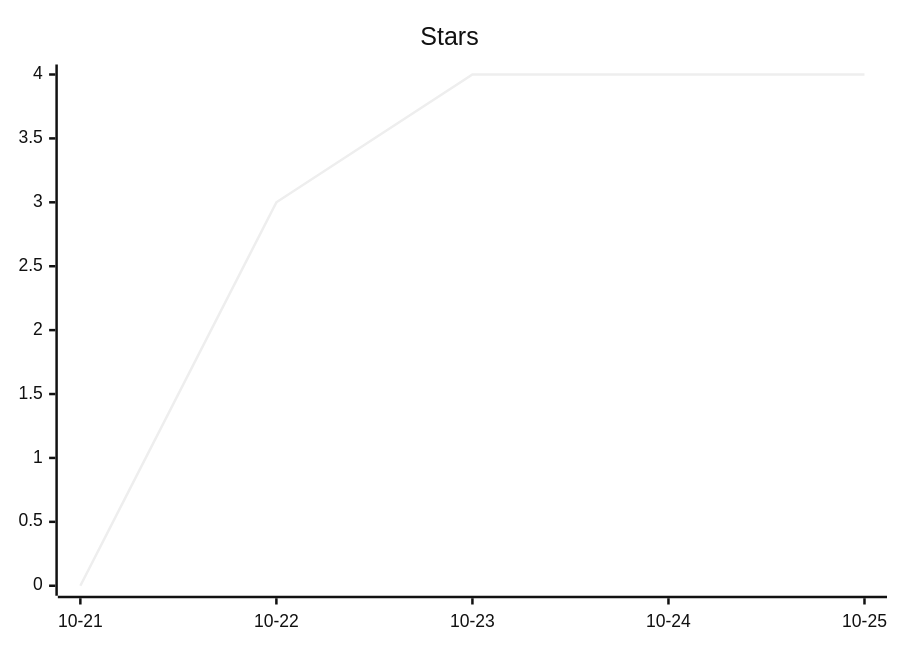
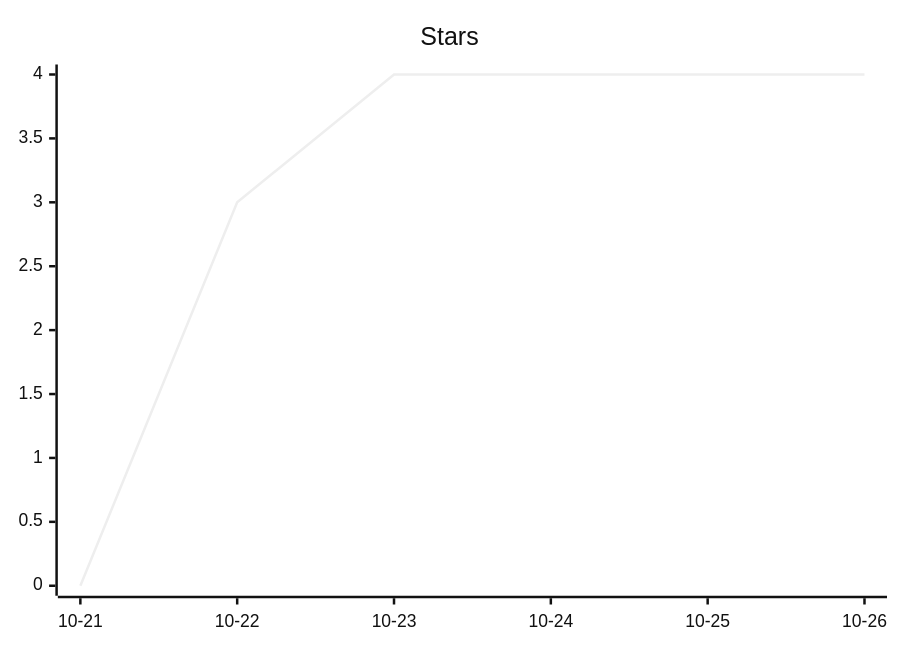
Before and after one commit to ArtemkaGoldMan/ContextSwitcher: the second of 3 diagrams in README.md, drawn with Mermaid (neutral theme). The commit also changed other lines of this file and 6 other files, not shown here.

````diff
--- a/README.md
+++ b/README.md
@@ -43,6 +43,6 @@
 ```mermaid
 xychart-beta
     title "Stars"
-    x-axis ["10-21", "10-22", "10-23", "10-24", "10-25"]
-    line [0, 3, 4, 4, 4]
+    x-axis ["10-21", "10-22", "10-23", "10-24", "10-25", "10-26"]
+    line [0, 3, 4, 4, 4, 4]
 ```
````
